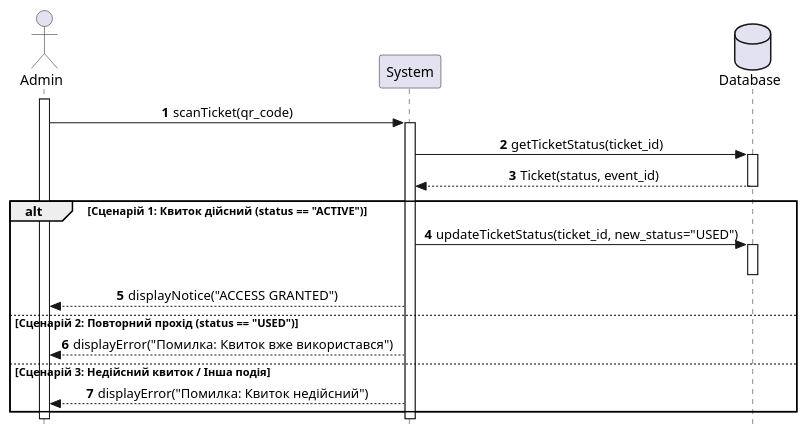
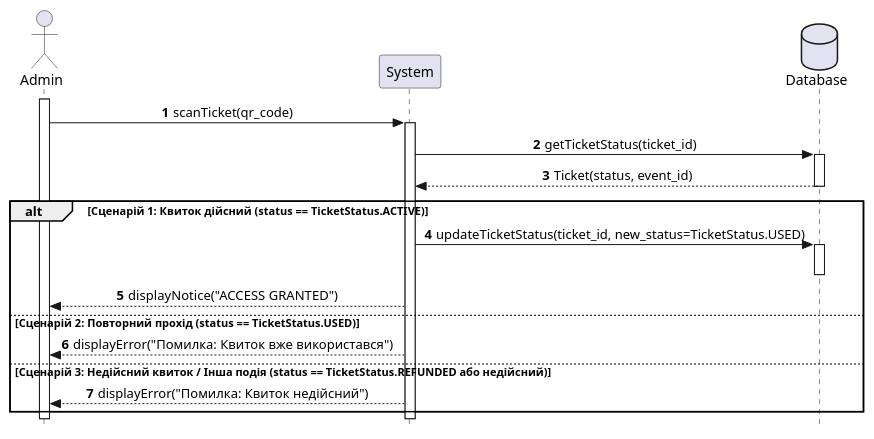
One commit to anastasiiaaz/2-course-mavpz changed the diagram in lab3/scenario3.puml. Above: the diagram before and after it, drawn with PlantUML. The commit also changed 3 other files, not shown here.

```diff
--- a/lab3/scenario3.puml
+++ b/lab3/scenario3.puml
@@ -1,34 +1,34 @@
 @startuml scan_ticket
 autonumber
 skinparam Style strictuml
 skinparam SequenceMessageAlignment center
 
 actor "Admin" as A
 participant "System" as App
 database "Database" as DB
 
 activate A
 A -> App : scanTicket(qr_code)
 activate App
 
 App -> DB : getTicketStatus(ticket_id)
 activate DB
 DB --> App : Ticket(status, event_id)
 deactivate DB
 
-alt Сценарій 1: Квиток дійсний (status == "ACTIVE")
-    App -> DB : updateTicketStatus(ticket_id, new_status="USED")
+alt Сценарій 1: Квиток дійсний (status == TicketStatus.ACTIVE)
+    App -> DB : updateTicketStatus(ticket_id, new_status=TicketStatus.USED)
     activate DB
     deactivate DB
     App --> A : displayNotice("ACCESS GRANTED")
 
-else Сценарій 2: Повторний прохід (status == "USED")
+else Сценарій 2: Повторний прохід (status == TicketStatus.USED)
     App --> A : displayError("Помилка: Квиток вже використався")
 
-else Сценарій 3: Недійсний квиток / Інша подія
+else Сценарій 3: Недійсний квиток / Інша подія (status == TicketStatus.REFUNDED або недійсний)
     App --> A : displayError("Помилка: Квиток недійсний")
 end
 
 deactivate App
 deactivate A
 @enduml
```
